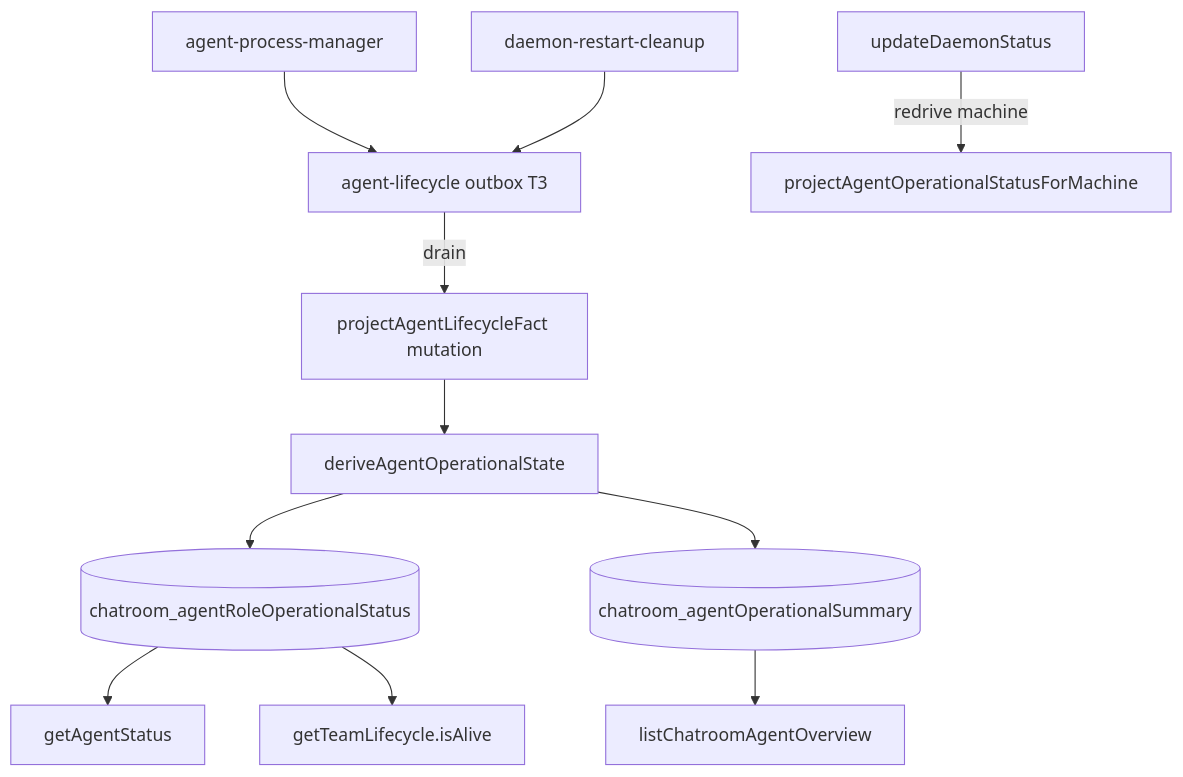
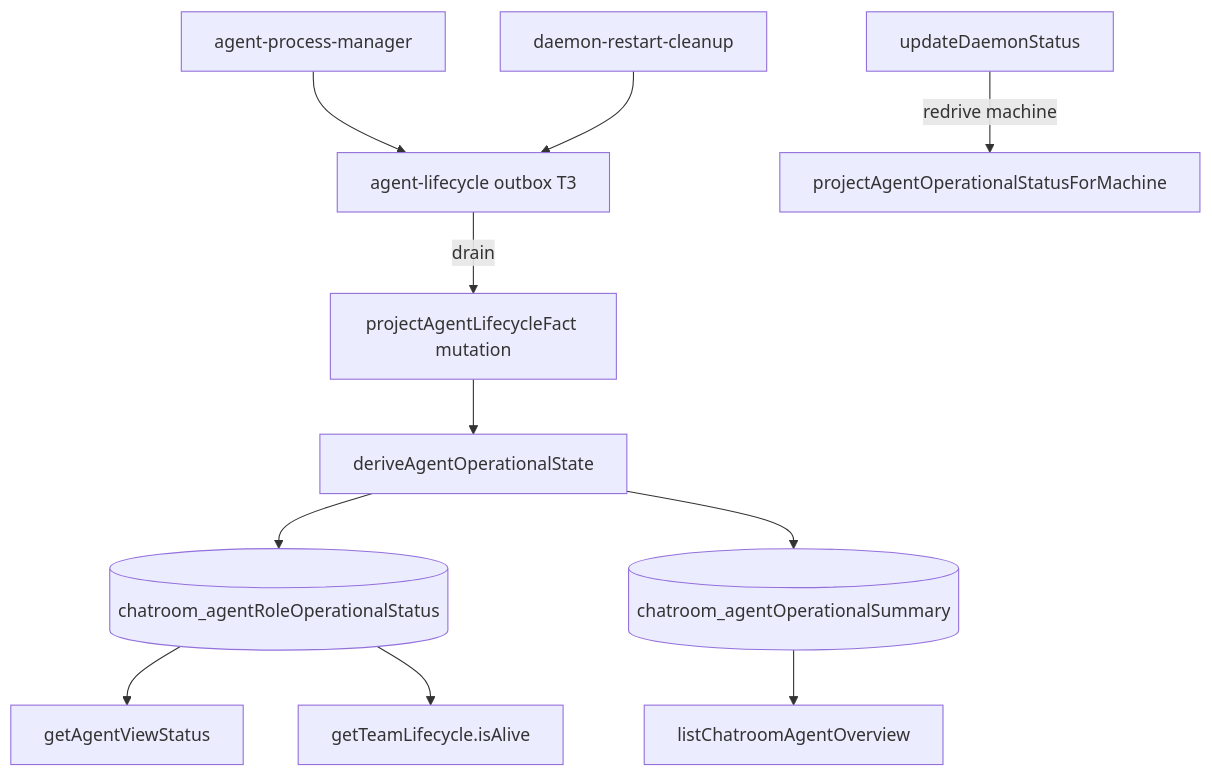
Before and after one commit to conradkoh/chatroom: the diagram in memory/migrations/agent-operational-status-projection.md, drawn with Mermaid. The commit also changed other lines of this file and 1 other file, not shown here.

Commit message:
docs: align operational status memory with canonical reader

````diff
--- a/memory/migrations/agent-operational-status-projection.md
+++ b/memory/migrations/agent-operational-status-projection.md
@@ -83,13 +83,13 @@
 ```mermaid
 flowchart TD
   APM[agent-process-manager] --> OB[agent-lifecycle outbox T3]
   DRC[daemon-restart-cleanup] --> OB
   OB -->|drain| MUT[projectAgentLifecycleFact mutation]
   MUT --> DERIVE[deriveAgentOperationalState]
   UDS[updateDaemonStatus] -->|redrive machine| PROJ[projectAgentOperationalStatusForMachine]
   DERIVE --> ROLE[(chatroom_agentRoleOperationalStatus)]
   DERIVE --> SUM[(chatroom_agentOperationalSummary)]
-  ROLE --> Q1[getAgentStatus]
+  ROLE --> Q1[getAgentViewStatus]
   SUM --> Q2[listChatroomAgentOverview]
   ROLE --> Q3[getTeamLifecycle.isAlive]
 ```
````
